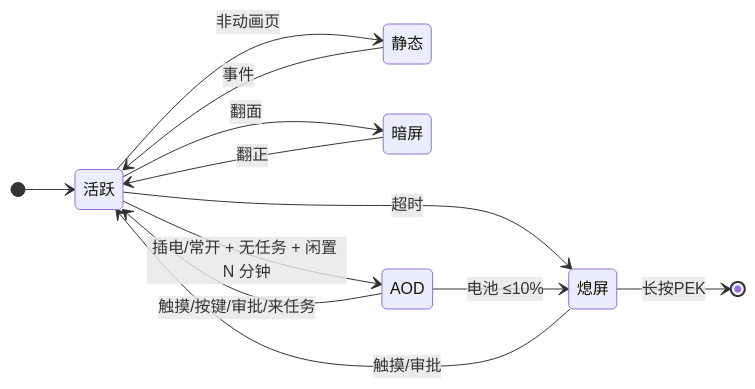
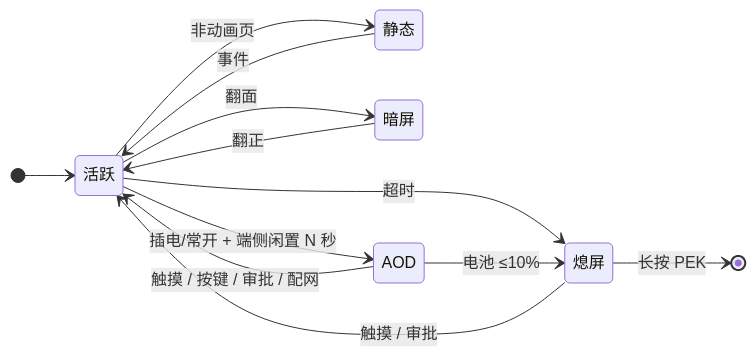
The ninth of 11 diagrams in docs/ARCHITECTURE.md (JAYcodr/whale-buddy-esp32), drawn with Mermaid before and after one commit. The commit also changed other lines of this file and 26 other files, not shown here.

````diff
--- a/docs/ARCHITECTURE.md
+++ b/docs/ARCHITECTURE.md
@@ -493,15 +441,15 @@
 ```mermaid
 stateDiagram-v2
     direction LR
     [*] --> 活跃
     活跃 --> 静态: 非动画页
     静态 --> 活跃: 事件
     活跃 --> 熄屏: 超时
     活跃 --> 暗屏: 翻面
-    熄屏 --> 活跃: 触摸/审批
+    熄屏 --> 活跃: 触摸 / 审批
     暗屏 --> 活跃: 翻正
-    熄屏 --> [*]: 长按PEK
-    活跃 --> AOD: 插电/常开 + 无任务 + 闲置 N 分钟
-    AOD --> 活跃: 触摸/按键/审批/来任务
+    熄屏 --> [*]: 长按 PEK
+    活跃 --> AOD: 插电/常开 + 端侧闲置 N 秒
+    AOD --> 活跃: 触摸 / 按键 / 审批 / 配网
     AOD --> 熄屏: 电池 ≤10%
 ```
````
